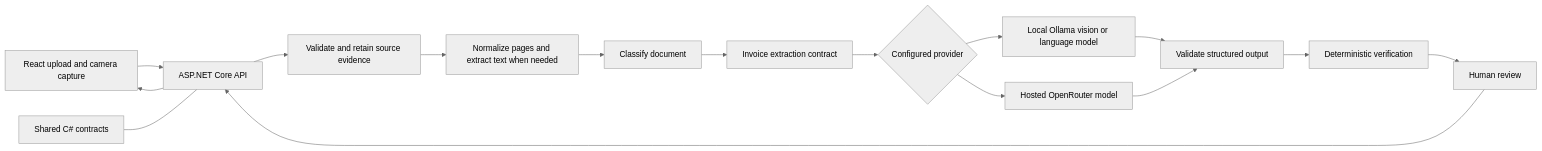
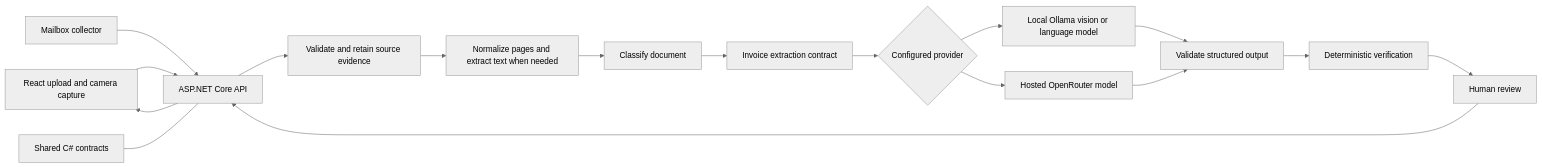
One commit to atmichael/smu-igd-ilp-2026 changed the diagram in docs/architecture/invoice-ocr-architecture.md. Above: the diagram before and after it, drawn with Mermaid (neutral theme). The commit also changed other lines of this file and 11 other files, not shown here.

````diff
--- a/docs/architecture/invoice-ocr-architecture.md
+++ b/docs/architecture/invoice-ocr-architecture.md
@@ -9,18 +9,19 @@
 ```mermaid
 flowchart LR
   U[React upload and camera capture] --> A[ASP.NET Core API]
+  M[Mailbox collector] --> A
   A --> I[Validate and retain source evidence]
   I --> N[Normalize pages and extract text when needed]
   N --> C[Classify document]
   C --> X[Invoice extraction contract]
   X --> P{Configured provider}
   P --> O[Local Ollama vision or language model]
   P --> R[Hosted OpenRouter model]
   O --> V[Validate structured output]
   R --> V
   V --> D[Deterministic verification]
   D --> H[Human review]
   H --> A
   A --> U
   S[Shared C# contracts] --- A
 ```
````
